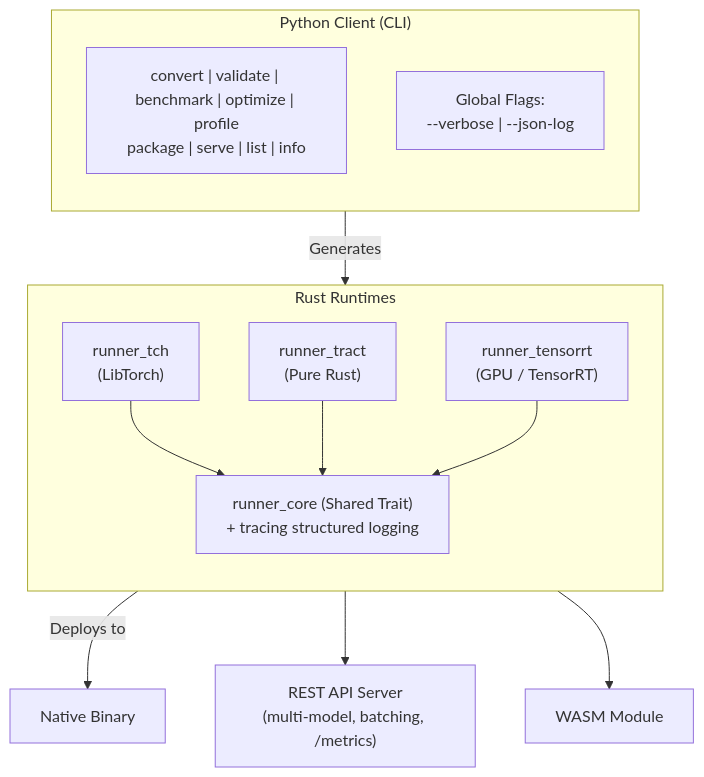
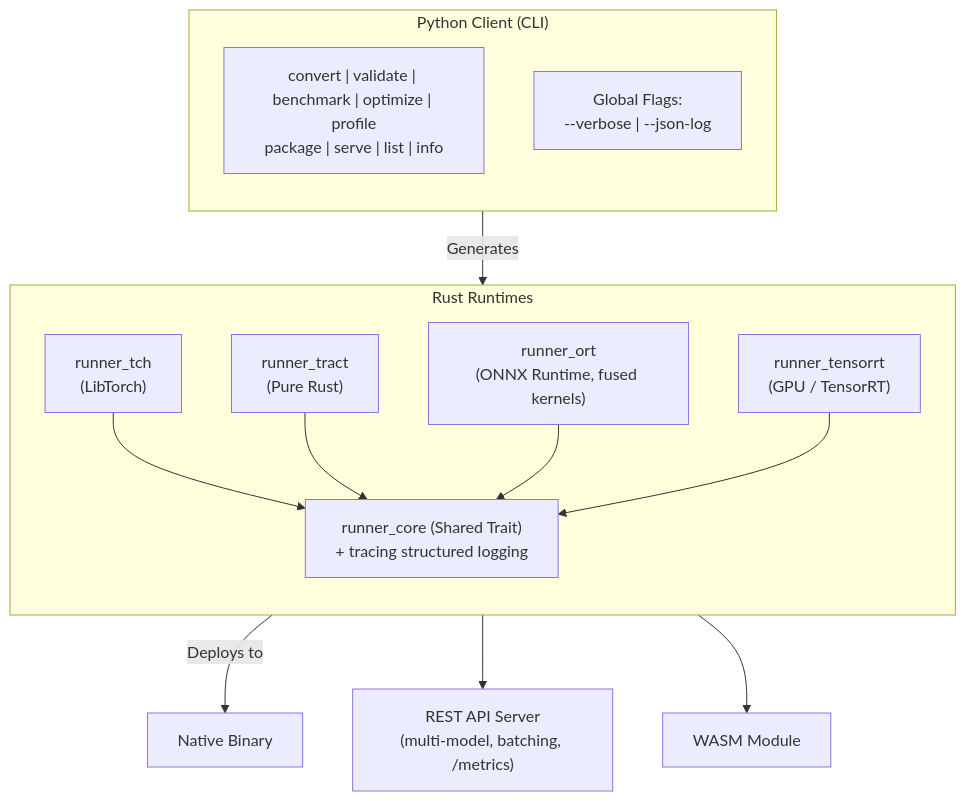
The diagram in README.md (OnePunchMonk/Oxidized-Vision), drawn with Mermaid before and after one commit. The commit also changed other lines of this file and 5 other files, not shown here.

First line of the commit message:
Add runner_ort backend: ONNX Runtime with Level3 fused vision kernels

````diff
--- a/README.md
+++ b/README.md
@@ -34,33 +34,35 @@
 ```mermaid
 flowchart TB
 
 subgraph CLI["Python Client (CLI)"]
     direction TB
     commands["convert | validate | benchmark | optimize | profile<br/>package | serve | list | info"]
     globals["Global Flags:<br/>--verbose | --json-log"]
 end
 
 CLI -->|Generates| RUST
 
 subgraph RUST["Rust Runtimes"]
     direction TB
 
     TCH["runner_tch<br/>(LibTorch)"]
     TRACT["runner_tract<br/>(Pure Rust)"]
+    ORT["runner_ort<br/>(ONNX Runtime, fused kernels)"]
     TRT["runner_tensorrt<br/>(GPU / TensorRT)"]
 
     CORE["runner_core (Shared Trait)<br/>+ tracing structured logging"]
 
     TCH --> CORE
     TRACT --> CORE
+    ORT --> CORE
     TRT --> CORE
 end
 
 RUST -->|Deploys to| NATIVE
 RUST --> REST
 RUST --> WASM
 
 NATIVE["Native Binary"]
 REST["REST API Server<br/>(multi-model, batching, /metrics)"]
 WASM["WASM Module"]
 ```
````
